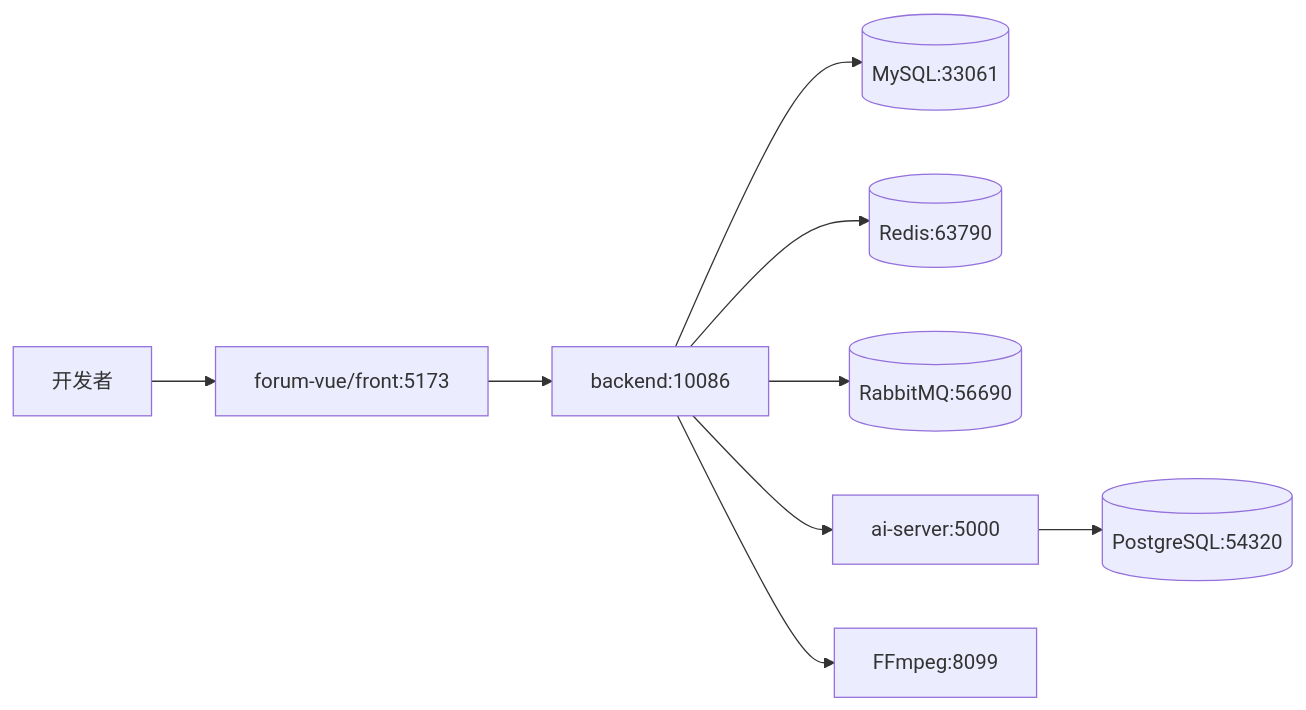
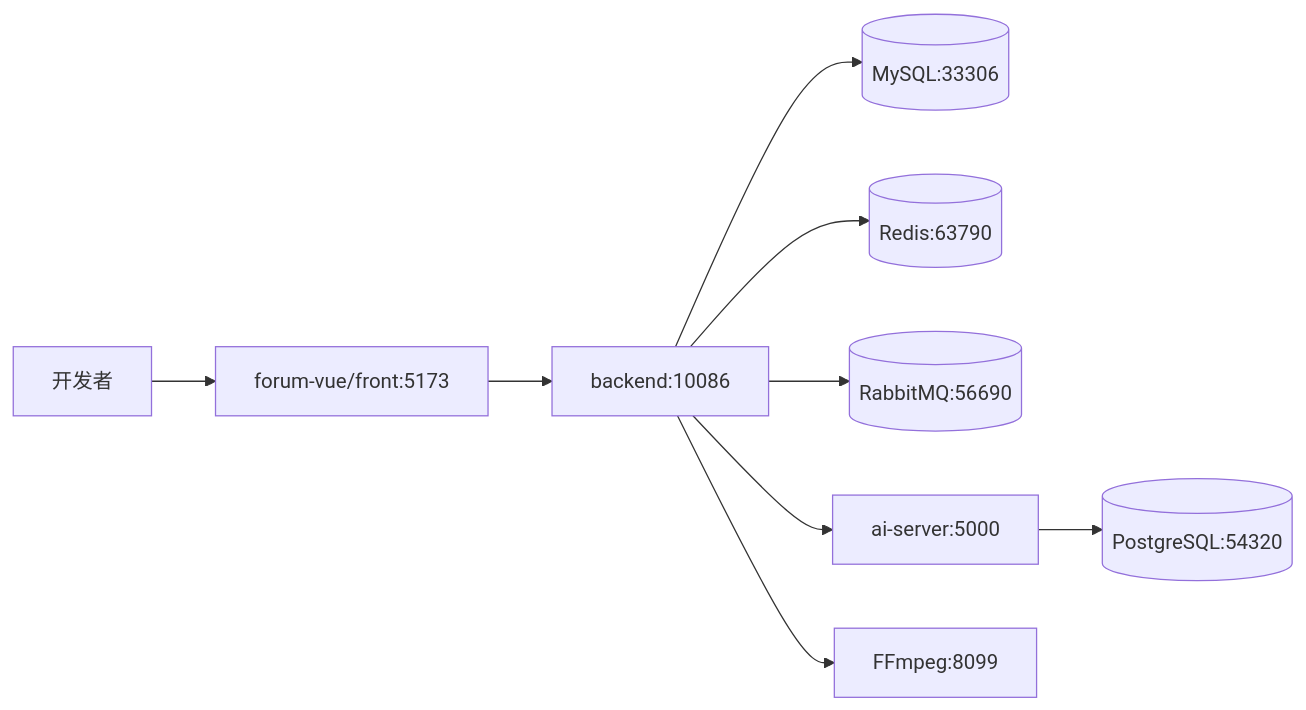
Before and after one commit to pluchon/mengmeng_forum: diagram 19 of 24 in README.md, drawn with Mermaid. The commit also changed other lines of this file and 24 other files, not shown here.

````diff
--- a/README.md
+++ b/README.md
@@ -720,11 +720,11 @@
 ```mermaid
 flowchart LR
   Dev[开发者] --> FE[forum-vue/front:5173]
   FE --> BE[backend:10086]
-  BE --> M[(MySQL:33061)]
+  BE --> M[(MySQL:33306)]
   BE --> R[(Redis:63790)]
   BE --> Q[(RabbitMQ:56690)]
   BE --> AI[ai-server:5000]
   BE --> FF[FFmpeg:8099]
   AI --> PG[(PostgreSQL:54320)]
 ```
````
